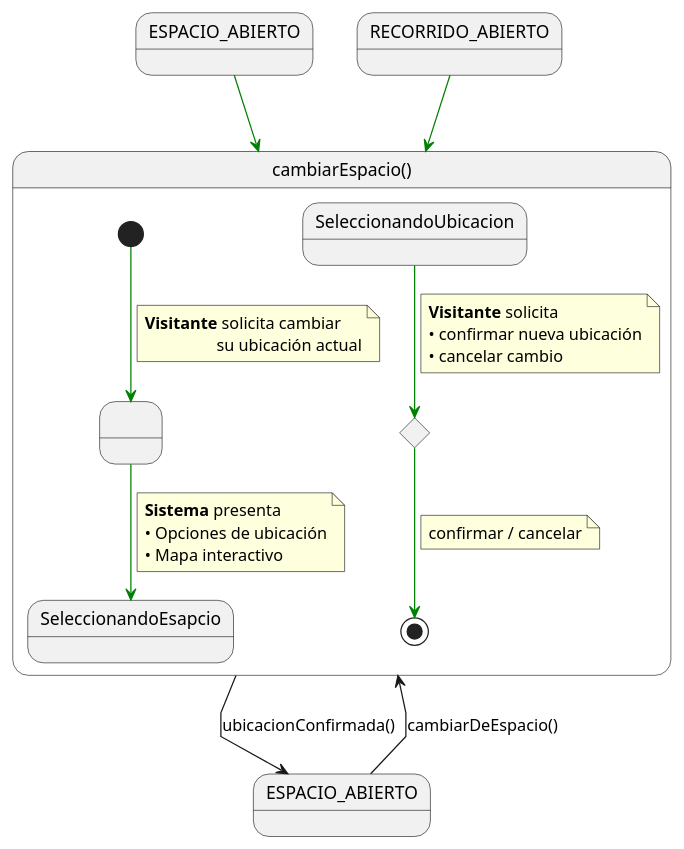
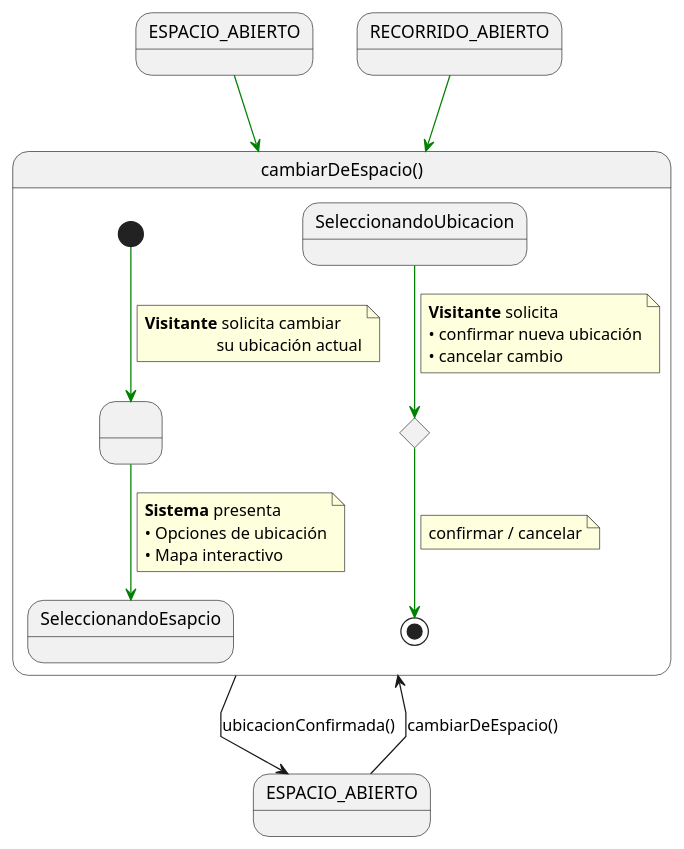
The diagram in documentos/01-casoDeUso/3-DetallarCasosDeUso/1-Visitante/cambiarDeEspacio/cambiarDeEspacio.puml (Camila-Lesly/25-26-idsw1-sdr), drawn with PlantUML before and after one commit. The commit also changed 14 other files, not shown here.

Commit message:
docs: cambios para consistencia entre diagramas

```diff
--- a/documentos/01-casoDeUso/3-DetallarCasosDeUso/1-Visitante/cambiarDeEspacio/cambiarDeEspacio.puml
+++ b/documentos/01-casoDeUso/3-DetallarCasosDeUso/1-Visitante/cambiarDeEspacio/cambiarDeEspacio.puml
@@ -1,43 +1,43 @@
 @startuml
 skinparam linetype polyline
 
 state in1 as "ESPACIO_ABIERTO"
-in1 -[#green]-> cambiarEspacio
+in1 -[#green]-> cambiarDeEspacio
 state in2 as "RECORRIDO_ABIERTO"
-in2 -[#green]-> cambiarEspacio
+in2 -[#green]-> cambiarDeEspacio
 
-state cambiarEspacio as "cambiarEspacio()" {
+state cambiarDeEspacio as "cambiarDeEspacio()" {
     state " " as SolicitandoCambio
     state SeleccionandoUbicacion
     state c <<choice>>
 
     [*] -[#green]-> SolicitandoCambio 
     note on link
     <b>Visitante</b> solicita cambiar 
                      su ubicación actual
     end note    
     
     SolicitandoCambio -[#green]-> SeleccionandoEsapcio
     note on link
     <b>Sistema</b> presenta
     • Opciones de ubicación
     • Mapa interactivo
     end note
     
     SeleccionandoUbicacion -[#green]-> c 
     note on link
     <b>Visitante</b> solicita
     • confirmar nueva ubicación
     • cancelar cambio
     end note
     
         c -[#green]-> [*]
     note on link
     confirmar / cancelar
     end note
 }
 
 ' ← CONTEXTUALIZADO correctamente:
-ESPACIO_ABIERTO --> cambiarEspacio : cambiarDeEspacio()
-cambiarEspacio --> ESPACIO_ABIERTO : ubicacionConfirmada()
+ESPACIO_ABIERTO --> cambiarDeEspacio : cambiarDeEspacio()
+cambiarDeEspacio --> ESPACIO_ABIERTO : ubicacionConfirmada()
 @enduml
```
